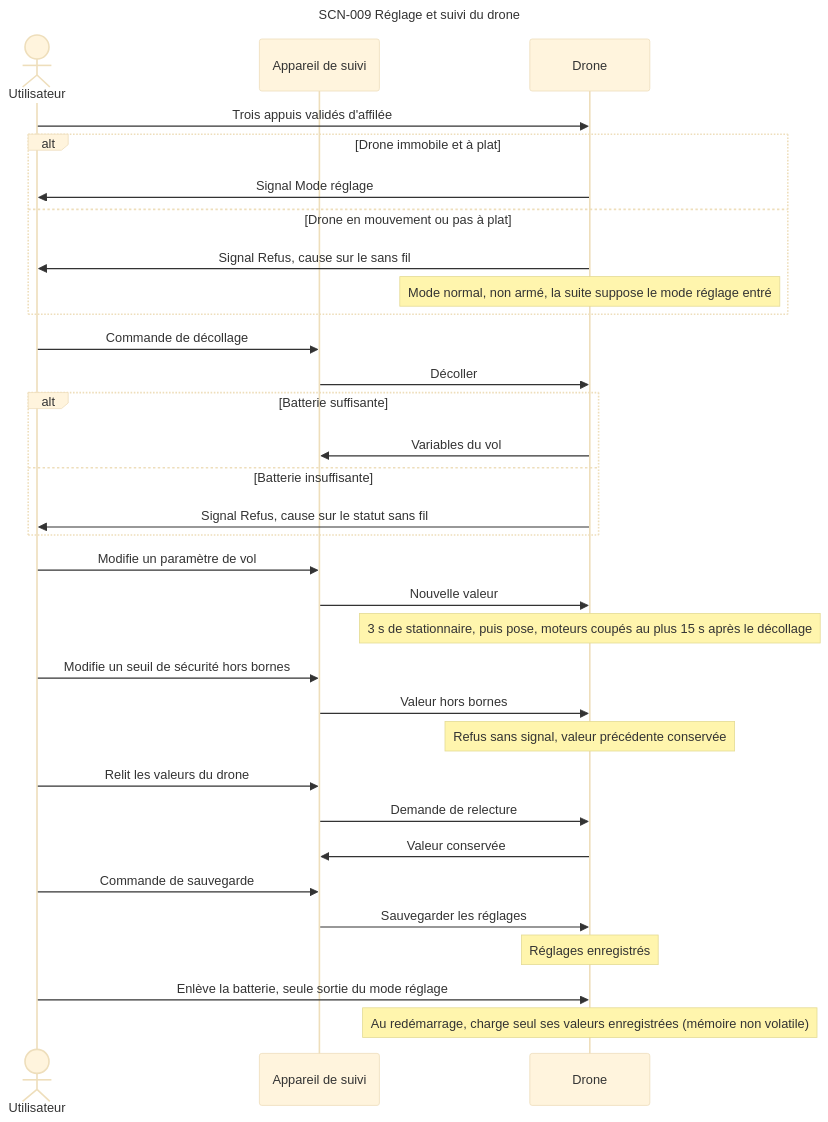
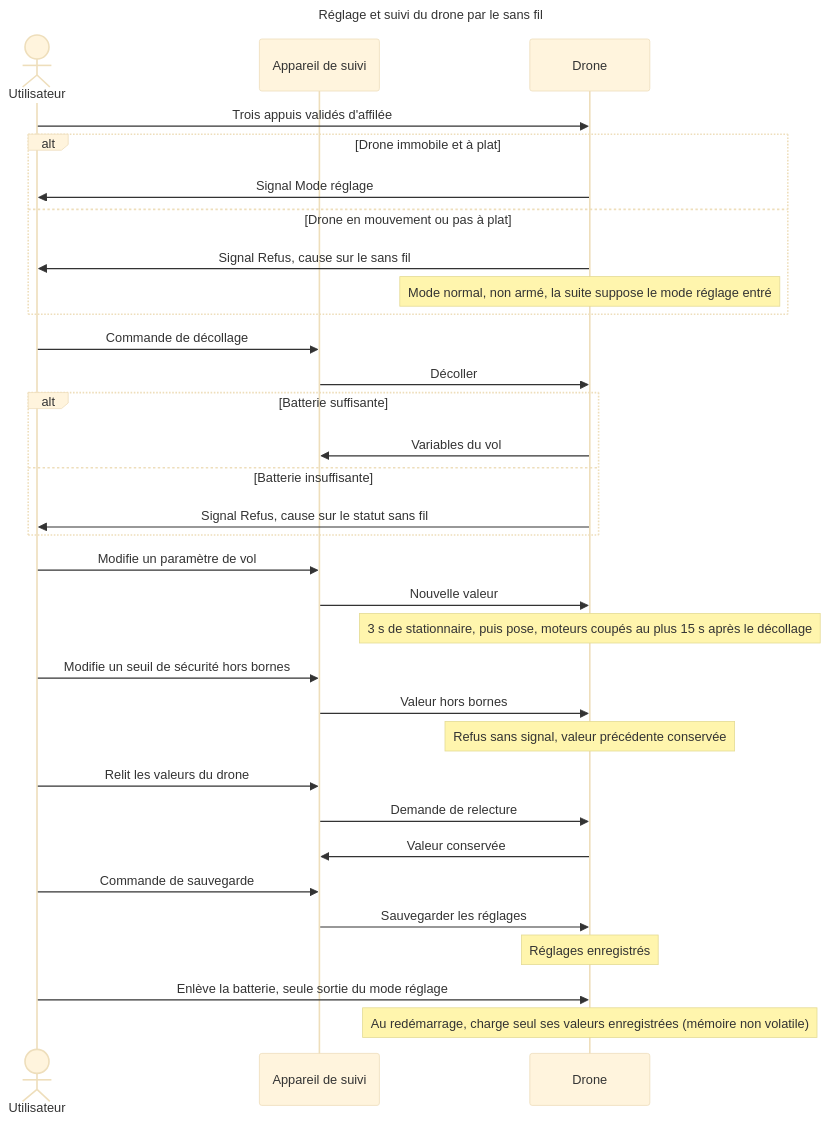
One commit to thourymatthieu-png/coworker_archi_system changed diagram 13 of 15 in projets/boomrone/00-scenarios.md. Above: the diagram before and after it, drawn with Mermaid (base theme). The commit also changed other lines of this file and 6 other files, not shown here.

````diff
--- a/projets/boomrone/00-scenarios.md
+++ b/projets/boomrone/00-scenarios.md
@@ -665,37 +762,37 @@
 ```mermaid
 ---
-title: "SCN-009 Réglage et suivi du drone"
+title: "Réglage et suivi du drone par le sans fil"
 ---
 sequenceDiagram
     actor U as Utilisateur
     participant A as Appareil de suivi
     participant D as Drone
     U->>D: Trois appuis validés d'affilée
     alt Drone immobile et à plat
         D->>U: Signal Mode réglage
     else Drone en mouvement ou pas à plat
         D->>U: Signal Refus, cause sur le sans fil
         Note over D: Mode normal, non armé, la suite suppose le mode réglage entré
     end
     U->>A: Commande de décollage
     A->>D: Décoller
     alt Batterie suffisante
         D->>A: Variables du vol
     else Batterie insuffisante
         D->>U: Signal Refus, cause sur le statut sans fil
     end
     U->>A: Modifie un paramètre de vol
     A->>D: Nouvelle valeur
     Note over D: 3 s de stationnaire, puis pose, moteurs coupés au plus 15 s après le décollage
     U->>A: Modifie un seuil de sécurité hors bornes
     A->>D: Valeur hors bornes
     Note over D: Refus sans signal, valeur précédente conservée
     U->>A: Relit les valeurs du drone
     A->>D: Demande de relecture
     D->>A: Valeur conservée
     U->>A: Commande de sauvegarde
     A->>D: Sauvegarder les réglages
     Note over D: Réglages enregistrés
     U->>D: Enlève la batterie, seule sortie du mode réglage
     Note over D: Au redémarrage, charge seul ses valeurs enregistrées (mémoire non volatile)
 ```
````
